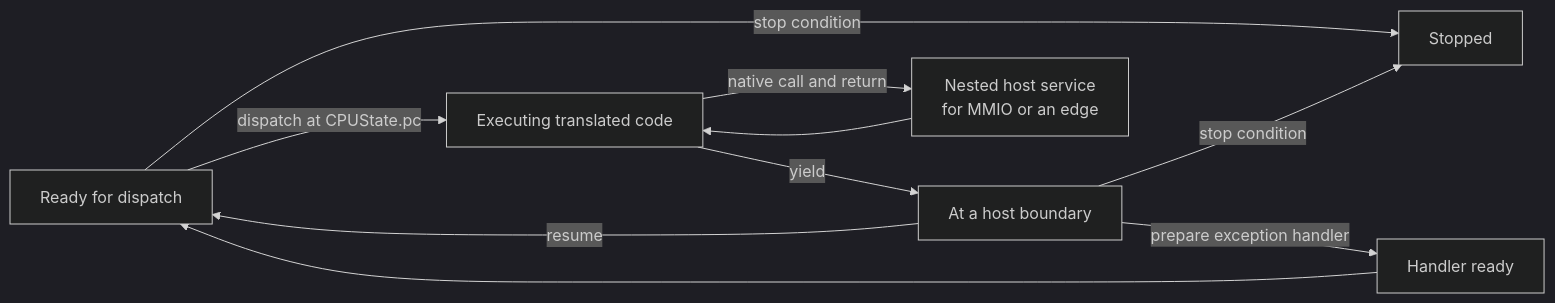
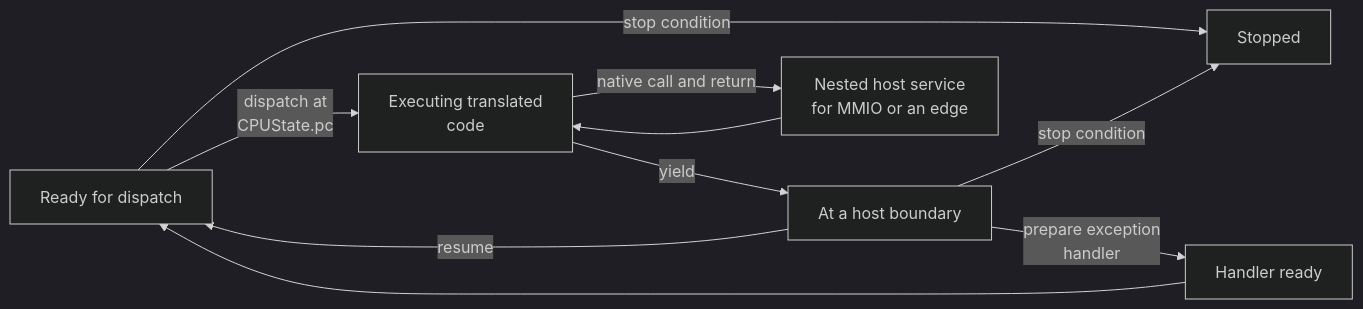
The third of 8 diagrams in docs/architecture/GuestState.md (Aelbannan/boat_of_daphnes), drawn with Mermaid (dark theme) before and after one commit. The commit also changed other lines of this file and 7 other files, not shown here.

Commit message:
Wrap Mermaid diagram labels

````diff
--- a/docs/architecture/GuestState.md
+++ b/docs/architecture/GuestState.md
@@ -263,18 +263,18 @@
 ```mermaid
 flowchart LR
     Ready["Ready for dispatch"]
-    Executing["Executing translated code"]
+    Executing["Executing translated<br/>code"]
     Boundary["At a host boundary"]
     Handler["Handler ready"]
     Stopped["Stopped"]
     Service["Nested host service<br/>for MMIO or an edge"]
 
-    Ready -->|"dispatch at CPUState.pc"| Executing
+    Ready -->|"dispatch at<br/>CPUState.pc"| Executing
     Executing -->|"yield"| Boundary
     Boundary -->|"resume"| Ready
-    Boundary -->|"prepare exception handler"| Handler
+    Boundary -->|"prepare exception<br/>handler"| Handler
     Handler --> Ready
     Ready -->|"stop condition"| Stopped
     Boundary -->|"stop condition"| Stopped
     Executing -->|"native call and return"| Service --> Executing
 ```
````
